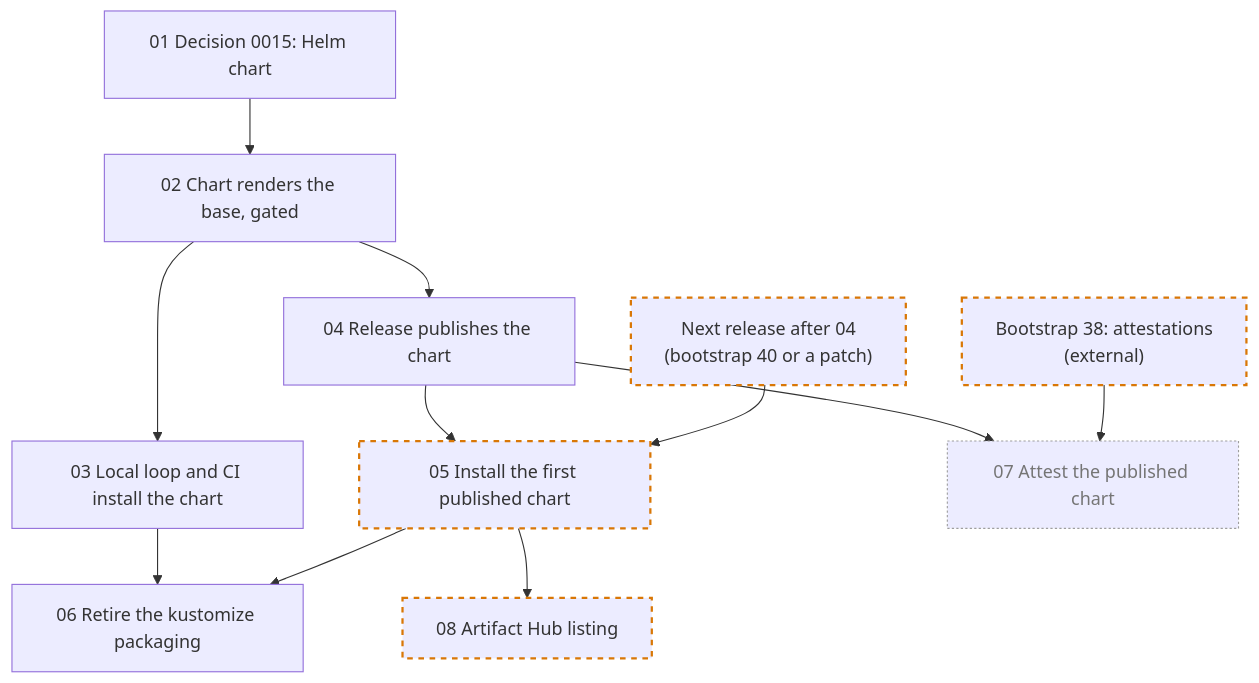
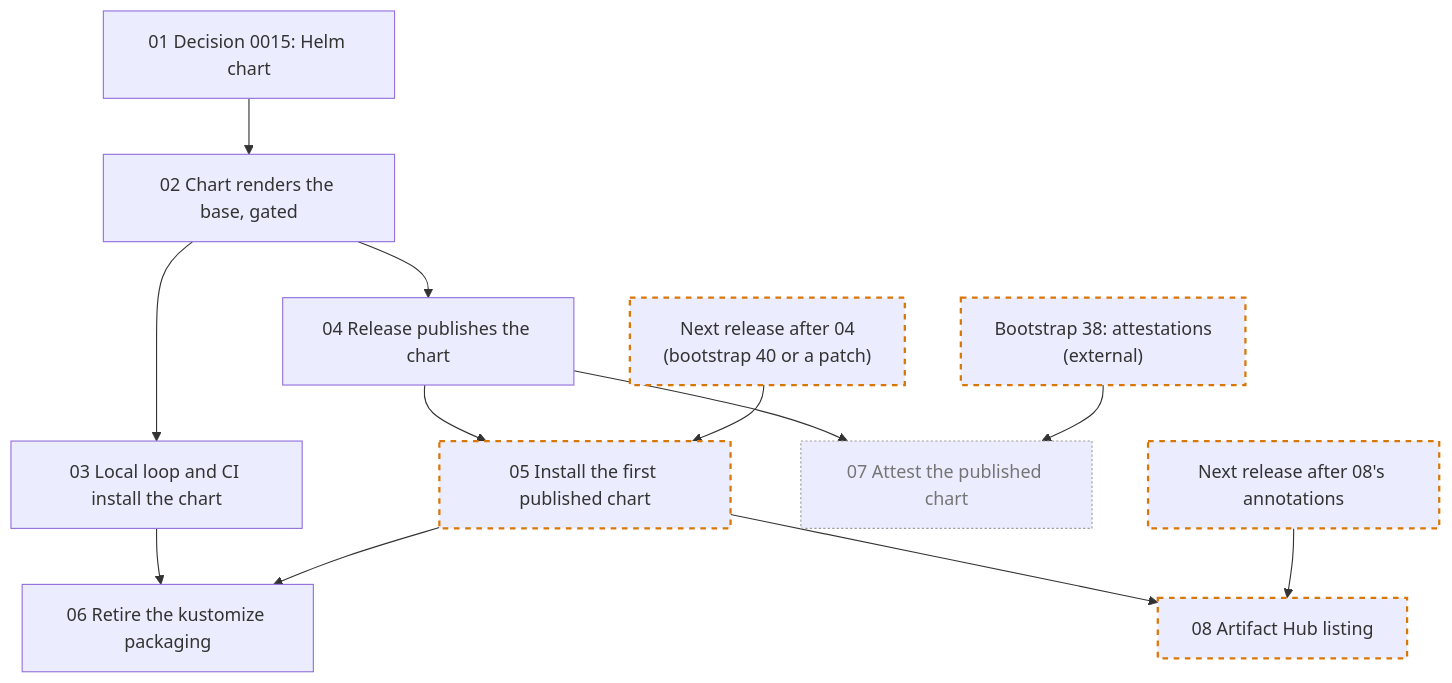
One commit to BiscuitBin/knarr changed the diagram in .scratch/helm-chart/README.md. Above: the diagram before and after it, drawn with Mermaid. The commit also changed other lines of this file and 6 other files, not shown here.

First line of the commit message:
Revise the Helm chart tickets after adversarial review

````diff
--- a/.scratch/helm-chart/README.md
+++ b/.scratch/helm-chart/README.md
@@ -7,27 +7,29 @@
 ```mermaid
 flowchart TD
     H01["01 Decision 0015: Helm chart"]
     H02["02 Chart renders the base, gated"]
     H03["03 Local loop and CI install the chart"]
     H04["04 Release publishes the chart"]
     H05["05 Install the first published chart"]:::human
     H06["06 Retire the kustomize packaging"]
     H07["07 Attest the published chart"]:::offpath
     H08["08 Artifact Hub listing"]:::human
     REL["Next release after 04<br/>(bootstrap 40 or a patch)"]:::human
     B38["Bootstrap 38: attestations<br/>(external)"]:::human
+    REL08["Next release after 08's annotations"]:::human
 
     H01 --> H02
     H02 --> H03
     H02 --> H04
     H04 --> H05
     REL --> H05
     H03 --> H06
     H05 --> H06
     H04 --> H07
     B38 --> H07
     H05 --> H08
+    REL08 --> H08
 
     classDef human stroke:#d97706,stroke-width:2px,stroke-dasharray:5 5
     classDef offpath stroke:#9e9e9e,stroke-dasharray:2 2,color:#757575
 ```
````
